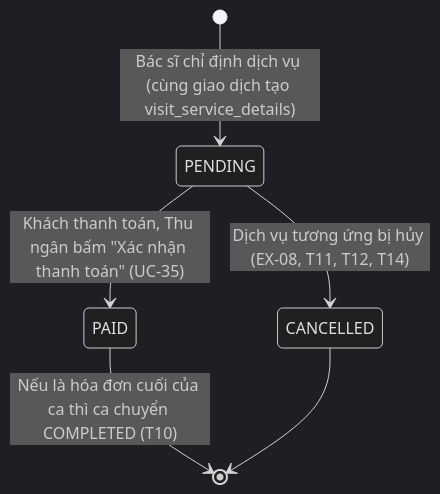
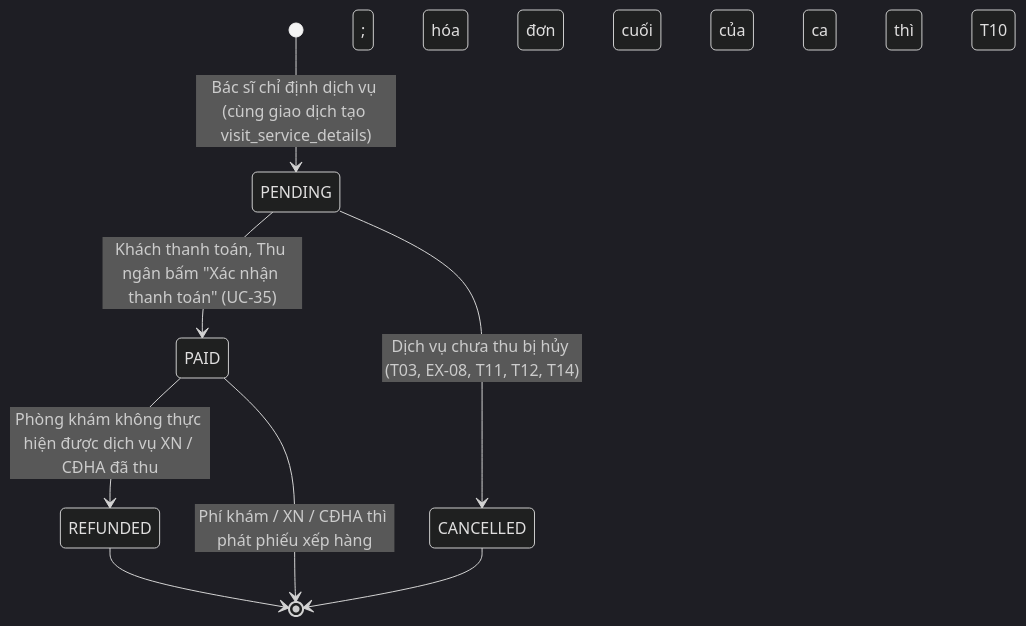
One commit to napersau/Doan changed the sixth of 8 diagrams in docs/THIET_KE_SO_DO_TRANG_THAI_STATE_MACHINE.md. Above: the diagram before and after it, drawn with Mermaid (dark theme). The commit also changed other lines of this file and 95 other files, not shown here.

````diff
--- a/docs/THIET_KE_SO_DO_TRANG_THAI_STATE_MACHINE.md
+++ b/docs/THIET_KE_SO_DO_TRANG_THAI_STATE_MACHINE.md
@@ -371,10 +405,12 @@
 ```mermaid
 stateDiagram-v2
     [*] --> PENDING : Bác sĩ chỉ định dịch vụ (cùng giao dịch tạo visit_service_details)
 
     PENDING --> PAID : Khách thanh toán, Thu ngân bấm "Xác nhận thanh toán" (UC-35)
-    PENDING --> CANCELLED : Dịch vụ tương ứng bị hủy (EX-08, T11, T12, T14)
+    PENDING --> CANCELLED : Dịch vụ chưa thu bị hủy (T03, EX-08, T11, T12, T14)
+    PAID --> REFUNDED : Phòng khám không thực hiện được dịch vụ XN / CĐHA đã thu
 
-    PAID --> [*] : Nếu là hóa đơn cuối của ca thì ca chuyển COMPLETED (T10)
+    PAID --> [*] : Phí khám / XN / CĐHA thì phát phiếu xếp hàng; hóa đơn cuối của ca thì T10
     CANCELLED --> [*]
+    REFUNDED --> [*]
 ```
````
